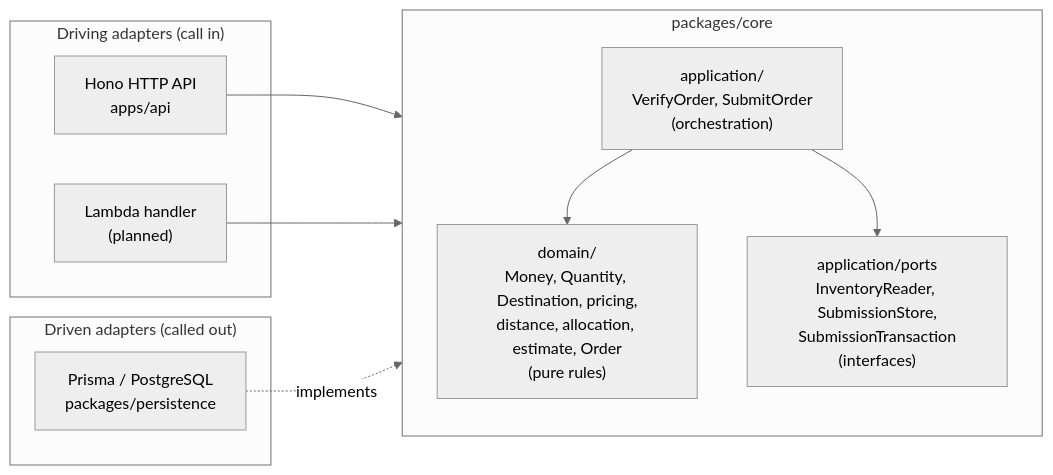
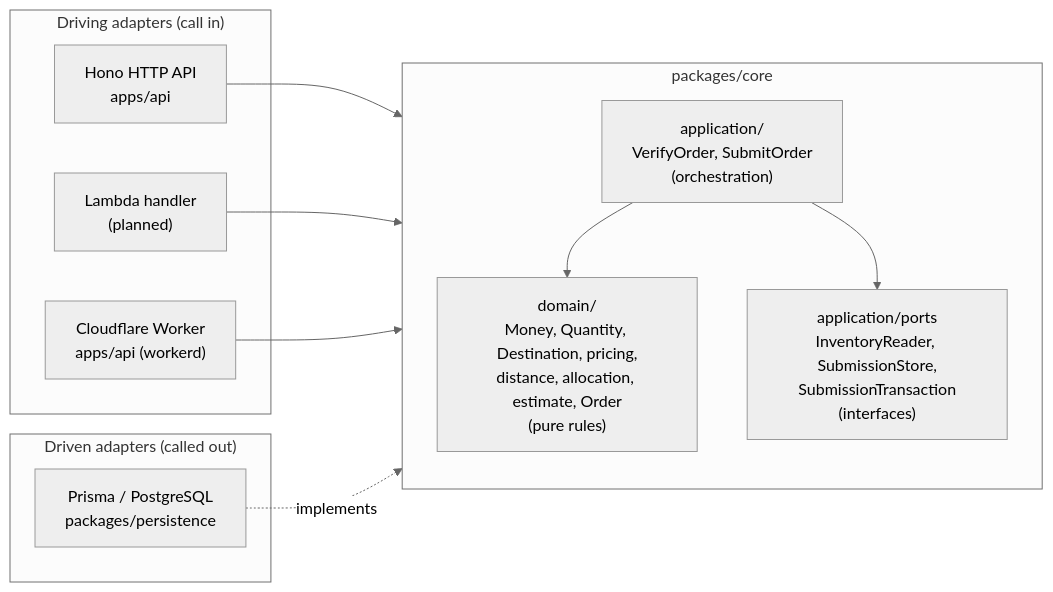
Before and after one commit to bonanaaaaaa/scos: the first of 2 diagrams in docs/architecture.md, drawn with Mermaid (neutral theme). The commit also changed other lines of this file and 48 other files, not shown here.

First line of the commit message:
feat(api): run the API on Cloudflare Workers with OpenTelemetry telemetry (#35)

````diff
--- a/docs/architecture.md
+++ b/docs/architecture.md
@@ -10,24 +10,26 @@
 ```mermaid
 flowchart LR
     subgraph driving["Driving adapters (call in)"]
         api["Hono HTTP API<br/>apps/api"]
         lambda["Lambda handler<br/>(planned)"]
+        worker["Cloudflare Worker<br/>apps/api (workerd)"]
     end
 
     subgraph core["packages/core"]
         direction TB
         app["application/<br/>VerifyOrder, SubmitOrder<br/>(orchestration)"]
         ports["application/ports<br/>InventoryReader, SubmissionStore,<br/>SubmissionTransaction<br/>(interfaces)"]
         domain["domain/<br/>Money, Quantity, Destination, pricing,<br/>distance, allocation, estimate, Order<br/>(pure rules)"]
         app --> domain
         app --> ports
     end
 
     subgraph driven["Driven adapters (called out)"]
         db["Prisma / PostgreSQL<br/>packages/persistence"]
     end
 
     api --> app
     lambda --> app
+    worker --> app
     db -. implements .-> ports
 ```
````
